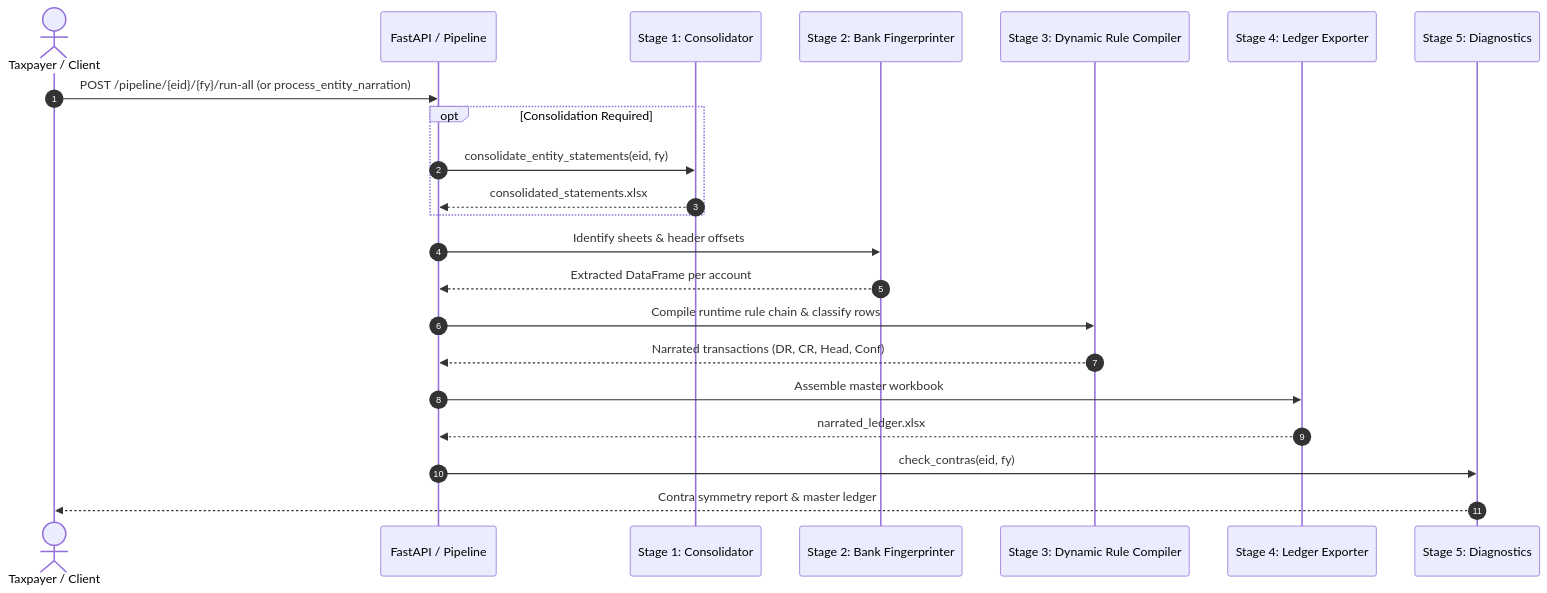
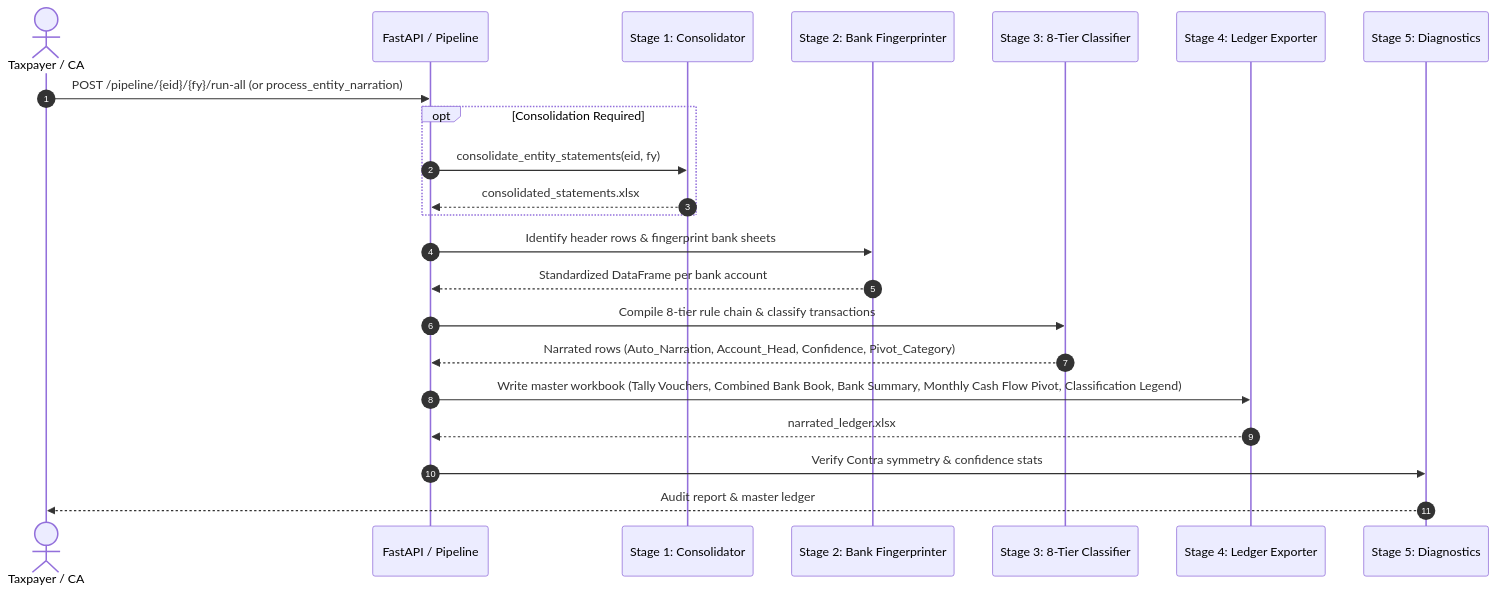
One commit to Aayush4396/tax-automation changed the second of 3 diagrams in docs/TECHNICAL_DOCUMENTATION.md. Above: the diagram before and after it, drawn with Mermaid. The commit also changed other lines of this file and 1 other file, not shown here.

Commit message:
docs: update README and technical documentation with v2.0 config-driven data flow, user flows, diagrams, and tax nomenclature

````diff
--- a/docs/TECHNICAL_DOCUMENTATION.md
+++ b/docs/TECHNICAL_DOCUMENTATION.md
@@ -64,30 +77,30 @@
 ```mermaid
 sequenceDiagram
     autonumber
-    actor User as Taxpayer / Client
+    actor User as Taxpayer / CA
     participant API as FastAPI / Pipeline
     participant Stage1 as Stage 1: Consolidator
     participant Stage2 as Stage 2: Bank Fingerprinter
-    participant Stage3 as Stage 3: Dynamic Rule Compiler
+    participant Stage3 as Stage 3: 8-Tier Classifier
     participant Stage4 as Stage 4: Ledger Exporter
     participant Stage5 as Stage 5: Diagnostics
 
     User->>API: POST /pipeline/{eid}/{fy}/run-all (or process_entity_narration)
     
     opt Consolidation Required
         API->>Stage1: consolidate_entity_statements(eid, fy)
         Stage1-->>API: consolidated_statements.xlsx
     end
     
-    API->>Stage2: Identify sheets & header offsets
-    Stage2-->>API: Extracted DataFrame per account
+    API->>Stage2: Identify header rows & fingerprint bank sheets
+    Stage2-->>API: Standardized DataFrame per bank account
     
-    API->>Stage3: Compile runtime rule chain & classify rows
-    Stage3-->>API: Narrated transactions (DR, CR, Head, Conf)
+    API->>Stage3: Compile 8-tier rule chain & classify transactions
+    Stage3-->>API: Narrated rows (Auto_Narration, Account_Head, Confidence, Pivot_Category)
     
-    API->>Stage4: Assemble master workbook
+    API->>Stage4: Write master workbook (Tally Vouchers, Combined Bank Book, Bank Summary, Monthly Cash Flow Pivot, Classification Legend)
     Stage4-->>API: narrated_ledger.xlsx
     
-    API->>Stage5: check_contras(eid, fy)
-    Stage5-->>User: Contra symmetry report & master ledger
+    API->>Stage5: Verify Contra symmetry & confidence stats
+    Stage5-->>User: Audit report & master ledger
 ```
````
